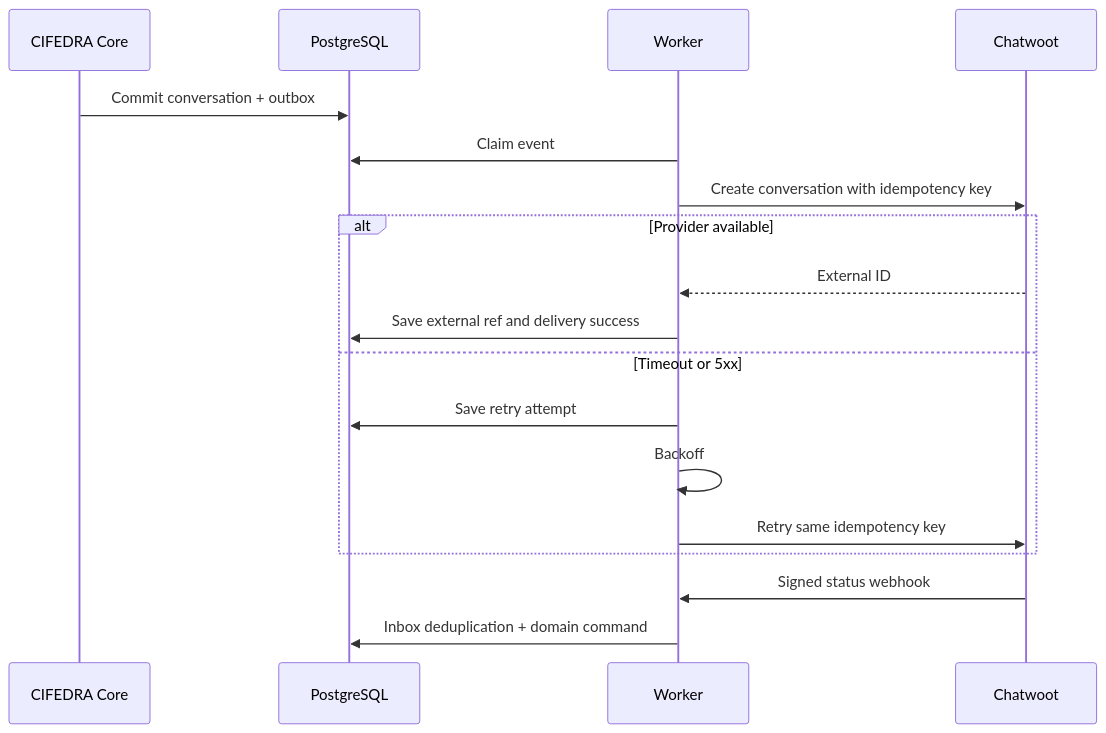
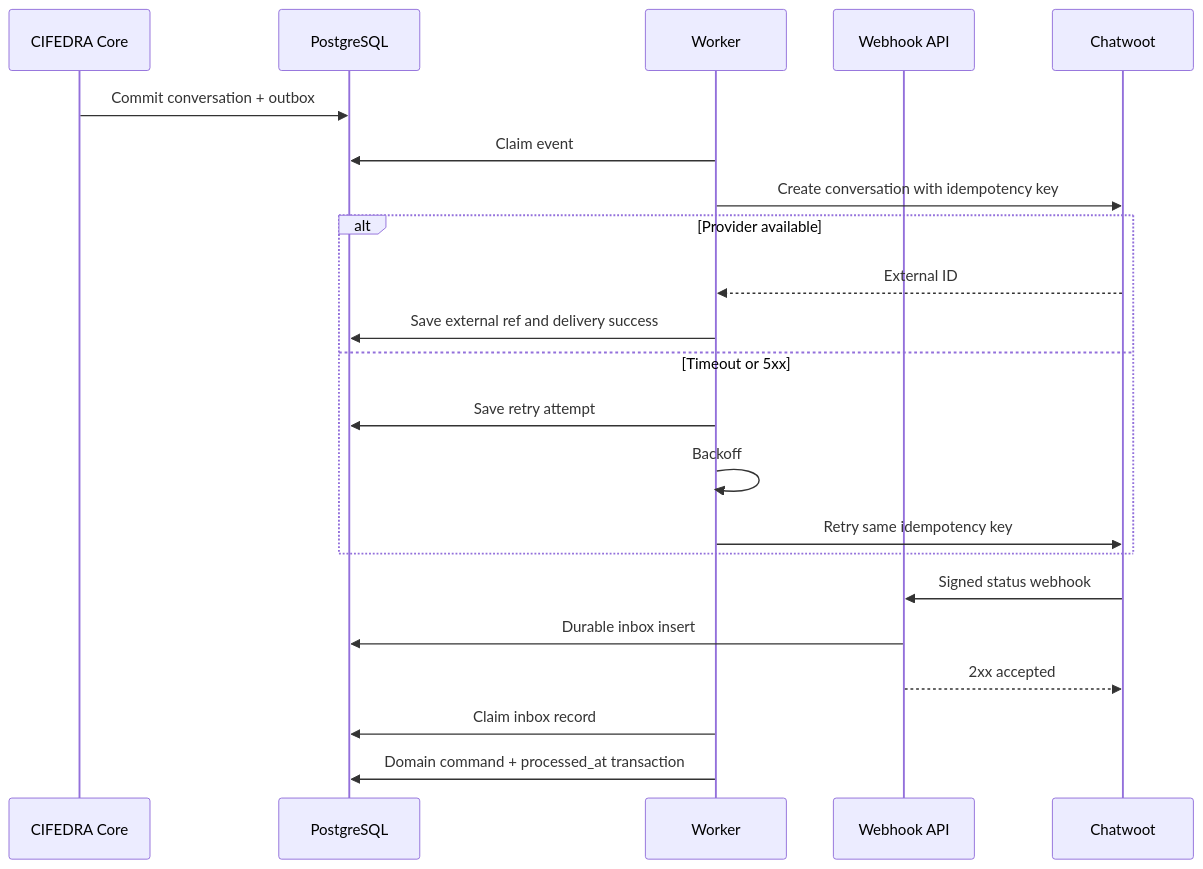
The sixth of 10 diagrams in knowledge/system/cifedra-hld.md (DIGITALATOM1/CIFEDRA), drawn with Mermaid before and after one commit. The commit also changed other lines of this file and 10 other files, not shown here.

Commit message:
Approve data and service architecture

````diff
--- a/knowledge/system/cifedra-hld.md
+++ b/knowledge/system/cifedra-hld.md
@@ -517,21 +525,25 @@
 ```mermaid
 sequenceDiagram
   participant Core as CIFEDRA Core
   participant DB as PostgreSQL
   participant Worker as Worker
+  participant API as Webhook API
   participant Chatwoot as Chatwoot
 
   Core->>DB: Commit conversation + outbox
   Worker->>DB: Claim event
   Worker->>Chatwoot: Create conversation with idempotency key
   alt Provider available
     Chatwoot-->>Worker: External ID
     Worker->>DB: Save external ref and delivery success
   else Timeout or 5xx
     Worker->>DB: Save retry attempt
     Worker->>Worker: Backoff
     Worker->>Chatwoot: Retry same idempotency key
   end
-  Chatwoot->>Worker: Signed status webhook
-  Worker->>DB: Inbox deduplication + domain command
+  Chatwoot->>API: Signed status webhook
+  API->>DB: Durable inbox insert
+  API-->>Chatwoot: 2xx accepted
+  Worker->>DB: Claim inbox record
+  Worker->>DB: Domain command + processed_at transaction
 ```
````
